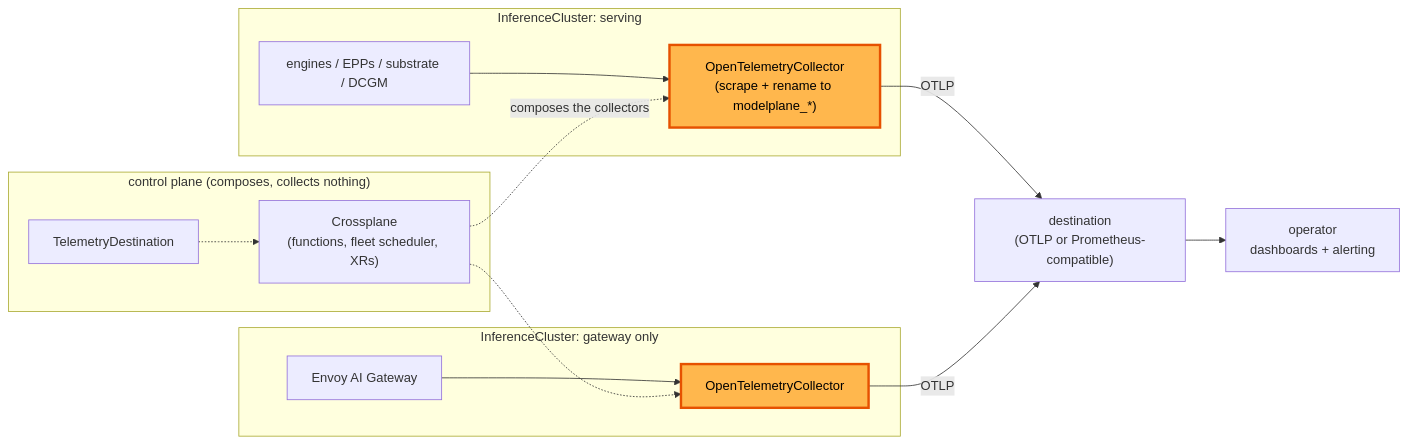
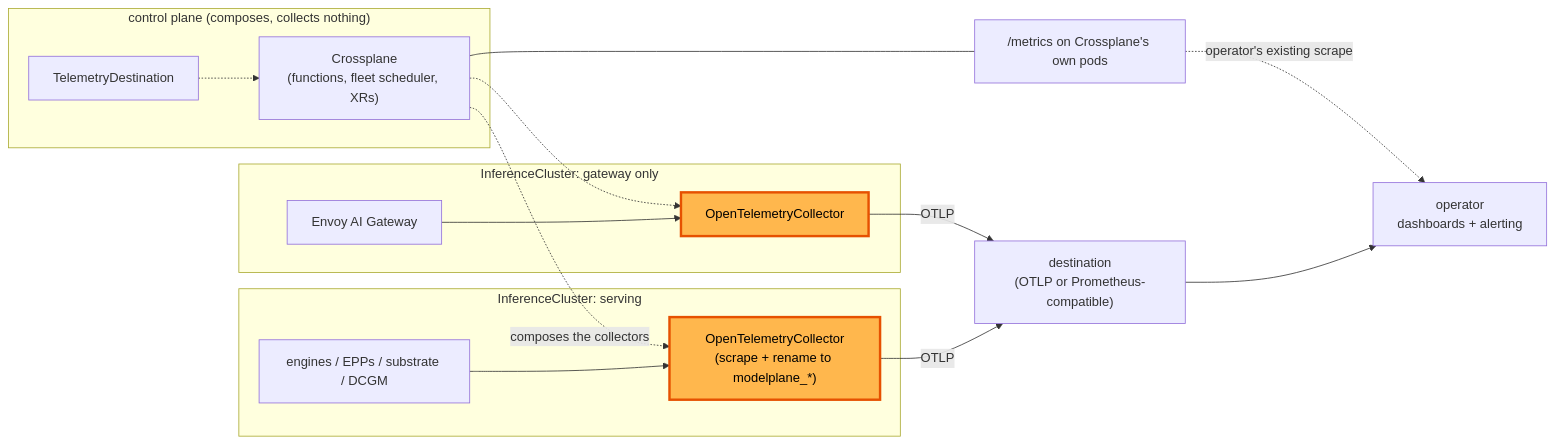
Before and after one commit to dennis-upbound/modelplane: the diagram in design/metrics.md, drawn with Mermaid. The commit also changed other lines of this file, not shown here.

````diff
--- a/design/metrics.md
+++ b/design/metrics.md
@@ -719,27 +739,30 @@
 ```mermaid
 flowchart LR
     subgraph icA["InferenceCluster: serving"]
         SA["engines / EPPs / substrate / DCGM"]
         CA["OpenTelemetryCollector\n(scrape + rename to modelplane_*)"]
     end
     subgraph icB["InferenceCluster: gateway only"]
         SB["Envoy AI Gateway"]
         CB["OpenTelemetryCollector"]
     end
     subgraph cp["control plane (composes, collects nothing)"]
         XP["Crossplane\n(functions, fleet scheduler, XRs)"]
         TD["TelemetryDestination"]
     end
+    CPM["/metrics on Crossplane's own pods"]
     DEST["destination\n(OTLP or Prometheus-compatible)"]
     OP["operator\ndashboards + alerting"]
     SA --> CA
     SB --> CB
     TD -.-> XP
     XP -.->|"composes the collectors"| CA
     XP -.-> CB
     CA -->|"OTLP"| DEST
     CB -->|"OTLP"| DEST
+    XP --- CPM
+    CPM -.->|"operator's existing scrape"| OP
     DEST --> OP
     classDef new fill:#ffb74d,stroke:#e65100,stroke-width:3px,color:#000;
     class CA,CB new
 ```
````
